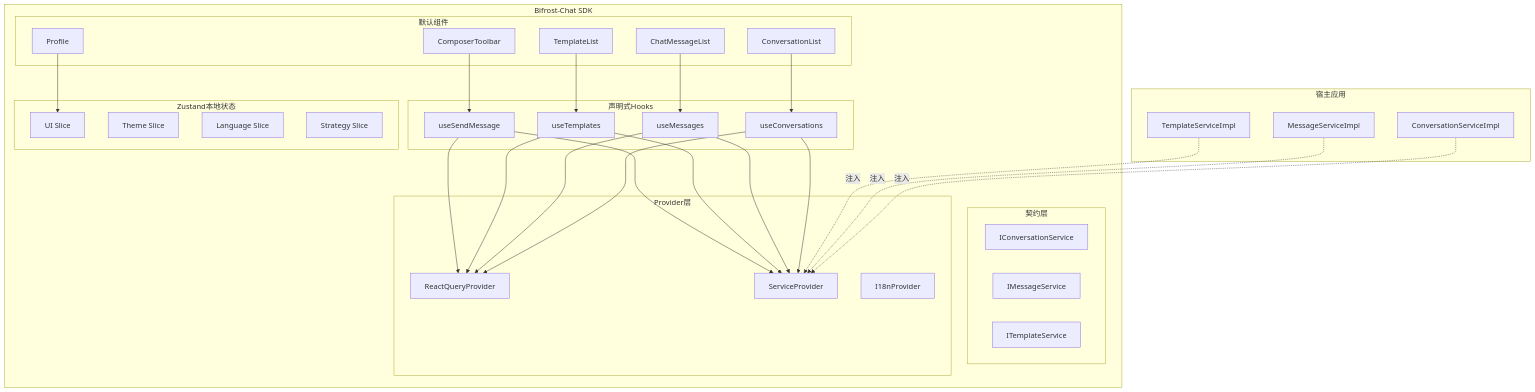
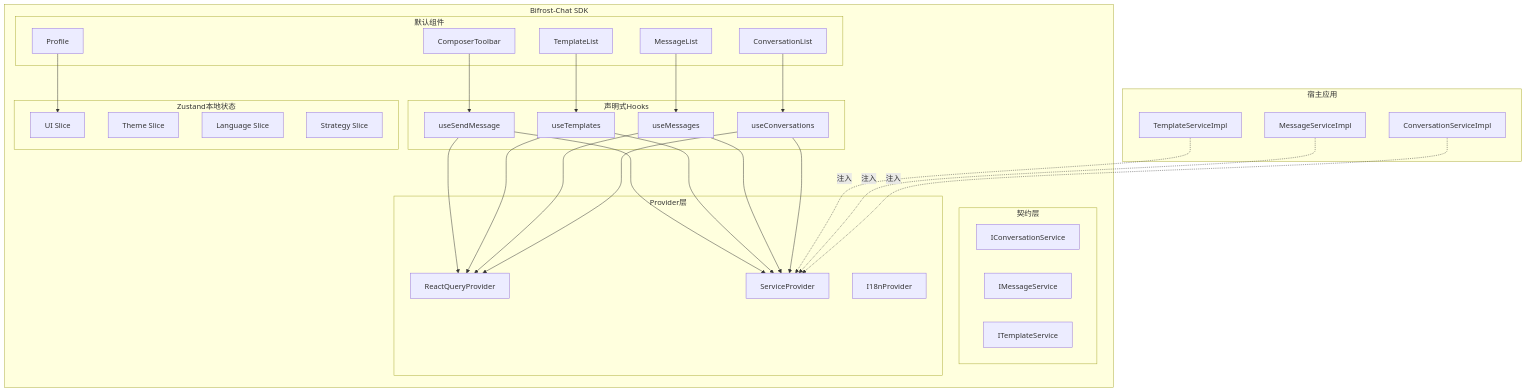
The diagram in docs/final-architecture.md (givingwu/bifrost-chat), drawn with Mermaid before and after one commit. The commit also changed 6 other files, not shown here.

````diff
--- a/docs/final-architecture.md
+++ b/docs/final-architecture.md
@@ -28,63 +28,63 @@
 ```mermaid
 graph TB
     subgraph Host[宿主应用]
       HS1[ConversationServiceImpl]
       HS2[MessageServiceImpl]
       HS3[TemplateServiceImpl]
     end
 
     subgraph SDK[Bifrost-Chat SDK]
       subgraph Contracts[契约层]
         I1[IConversationService]
         I2[IMessageService]
         I3[ITemplateService]
       end
 
       subgraph Providers[Provider层]
         P1[ReactQueryProvider]
         P2[ServiceProvider]
         P3[I18nProvider]
       end
 
       subgraph Hooks[声明式Hooks]
         H1[useConversations]
         H2[useMessages]
         H3[useTemplates]
         H4[useSendMessage]
       end
 
       subgraph Components[默认组件]
         C1[ConversationList]
-        C2[ChatMessageList]
+        C2[MessageList]
         C3[ComposerToolbar]
         C4[Profile]
         C5[TemplateList]
       end
 
       subgraph ClientState[Zustand本地状态]
         Z1[UI Slice]
         Z2[Theme Slice]
         Z3[Language Slice]
         Z4[Strategy Slice]
       end
     end
 
     HS1 -.注入.-> P2
     HS2 -.注入.-> P2
     HS3 -.注入.-> P2
 
     C1 --> H1
     C2 --> H2
     C3 --> H4
     C5 --> H3
     C4 --> Z1
 
     H1 --> P2
     H2 --> P2
     H3 --> P2
     H4 --> P2
     H1 --> P1
     H2 --> P1
     H3 --> P1
     H4 --> P1
 ```
````
